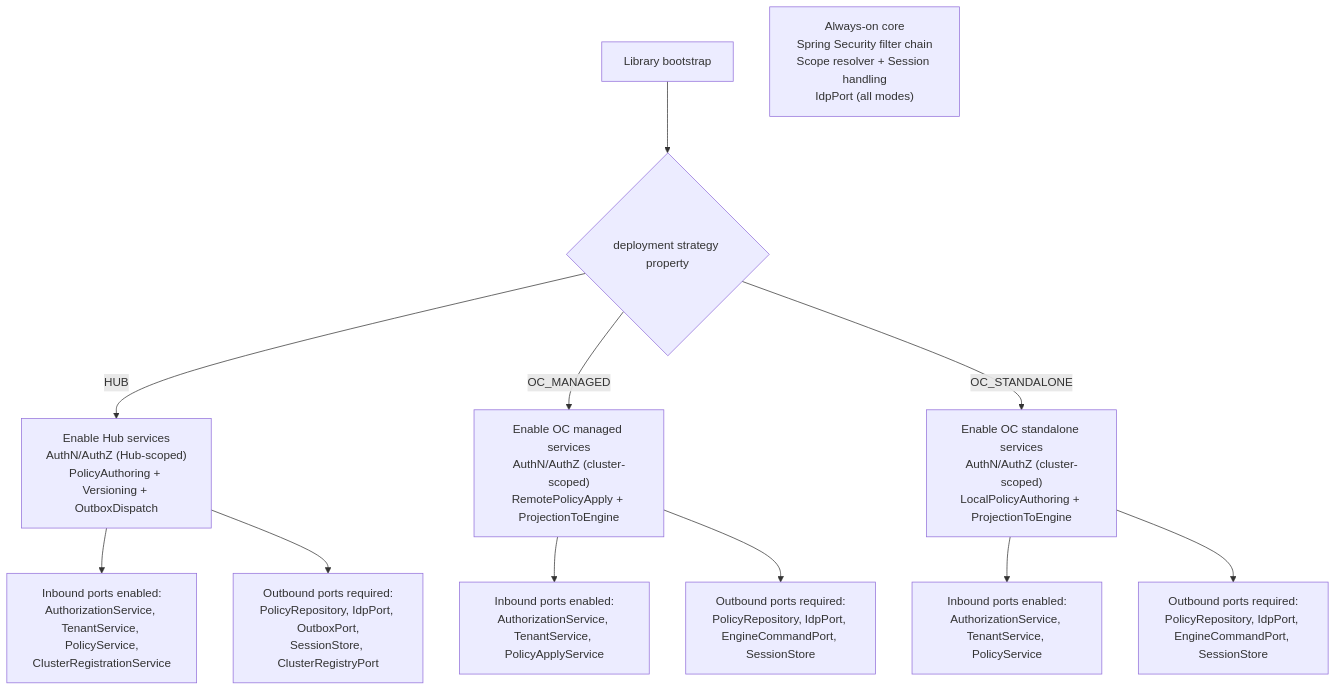
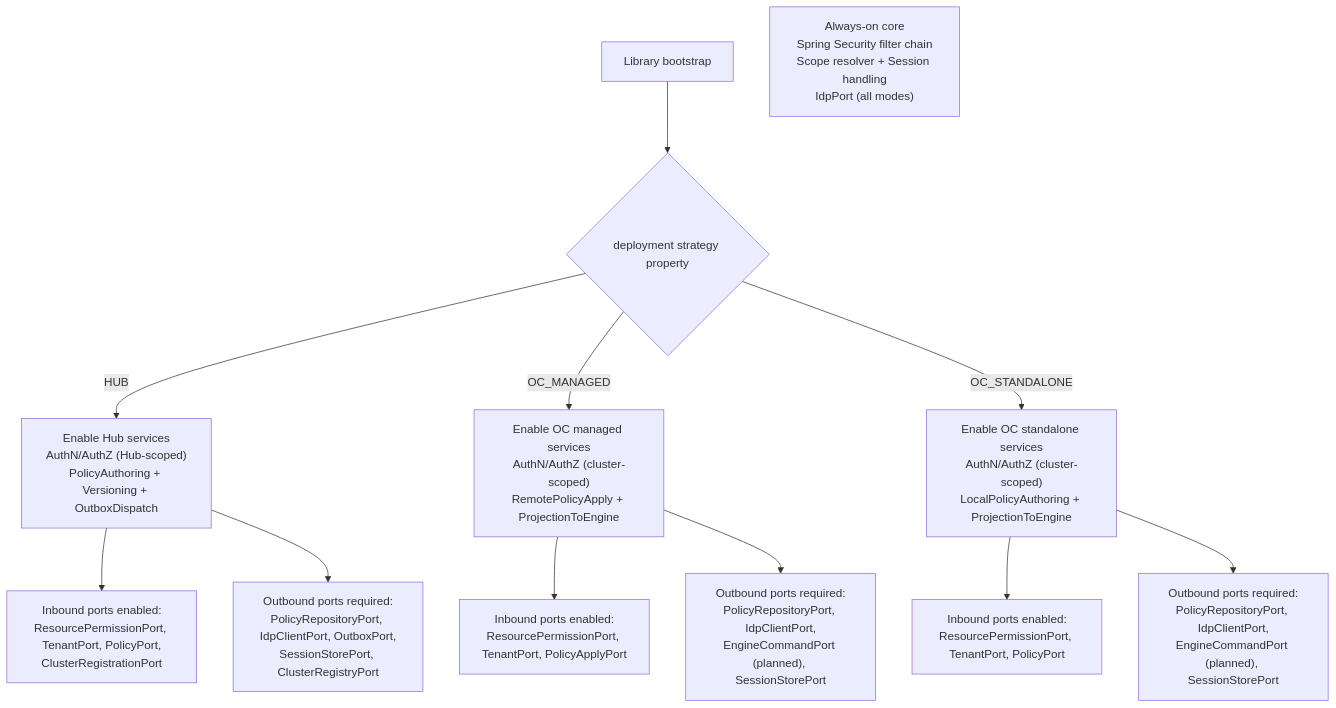
Before and after one commit to camunda/camunda-security-library: the ninth of 20 diagrams in docs/architecture_docs.md, drawn with Mermaid. The commit also changed other lines of this file, not shown here.

First line of the commit message:
docs: update arc42 architecture docs to reflect built CSL (closes #426)

````diff
--- a/docs/architecture_docs.md
+++ b/docs/architecture_docs.md
@@ -1029,18 +1041,18 @@
 ```mermaid
 flowchart TB
   Start["Library bootstrap"] --> Mode{"deployment strategy property"}
 
   Mode -->|"HUB"| Hub["Enable Hub services<br>AuthN/AuthZ (Hub-scoped)<br>PolicyAuthoring + Versioning + OutboxDispatch"]
   Mode -->|"OC_MANAGED"| OCM["Enable OC managed services<br>AuthN/AuthZ (cluster-scoped)<br>RemotePolicyApply + ProjectionToEngine"]
   Mode -->|"OC_STANDALONE"| OCS["Enable OC standalone services<br>AuthN/AuthZ (cluster-scoped)<br>LocalPolicyAuthoring + ProjectionToEngine"]
 
   Core["Always-on core<br>Spring Security filter chain<br>Scope resolver + Session handling<br>IdpPort (all modes)"]
 
-  Hub --> HubIn["Inbound ports enabled:<br>AuthorizationService, TenantService, PolicyService,<br>ClusterRegistrationService"]
-  OCM --> OCMIn["Inbound ports enabled:<br>AuthorizationService, TenantService, PolicyApplyService"]
-  OCS --> OCSPin["Inbound ports enabled:<br>AuthorizationService, TenantService, PolicyService"]
+  Hub --> HubIn["Inbound ports enabled:<br>ResourcePermissionPort, TenantPort, PolicyPort,<br>ClusterRegistrationPort"]
+  OCM --> OCMIn["Inbound ports enabled:<br>ResourcePermissionPort, TenantPort, PolicyApplyPort"]
+  OCS --> OCSPin["Inbound ports enabled:<br>ResourcePermissionPort, TenantPort, PolicyPort"]
 
-  Hub --> HubPorts["Outbound ports required:<br>PolicyRepository, IdpPort, OutboxPort,<br>SessionStore, ClusterRegistryPort"]
-  OCM --> OCMPorts["Outbound ports required:<br>PolicyRepository, IdpPort, EngineCommandPort, SessionStore"]
-  OCS --> OCSPorts["Outbound ports required:<br>PolicyRepository, IdpPort, EngineCommandPort, SessionStore"]
+  Hub --> HubPorts["Outbound ports required:<br>PolicyRepositoryPort, IdpClientPort, OutboxPort,<br>SessionStorePort, ClusterRegistryPort"]
+  OCM --> OCMPorts["Outbound ports required:<br>PolicyRepositoryPort, IdpClientPort,<br>EngineCommandPort (planned), SessionStorePort"]
+  OCS --> OCSPorts["Outbound ports required:<br>PolicyRepositoryPort, IdpClientPort,<br>EngineCommandPort (planned), SessionStorePort"]
 ```
````
